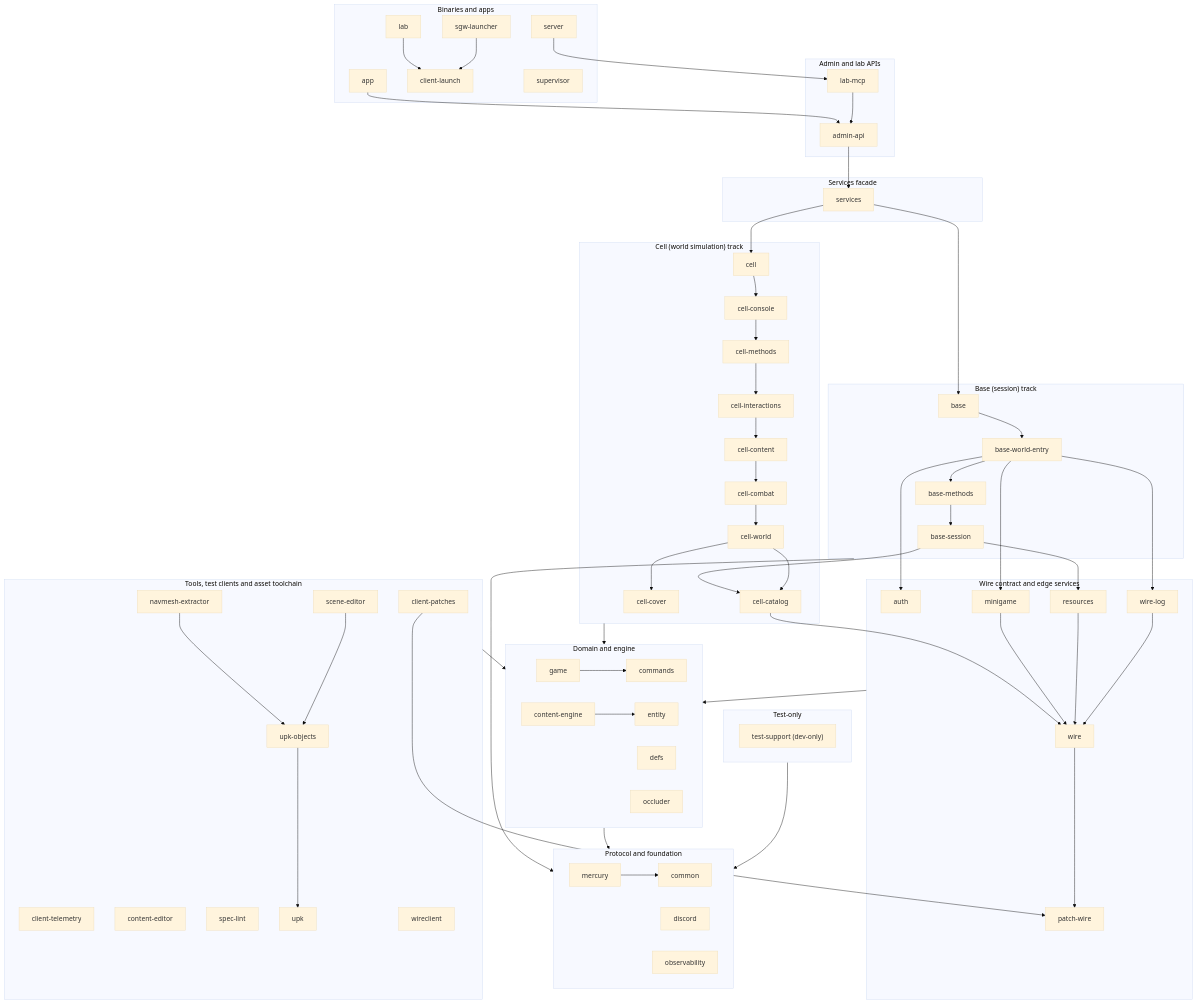
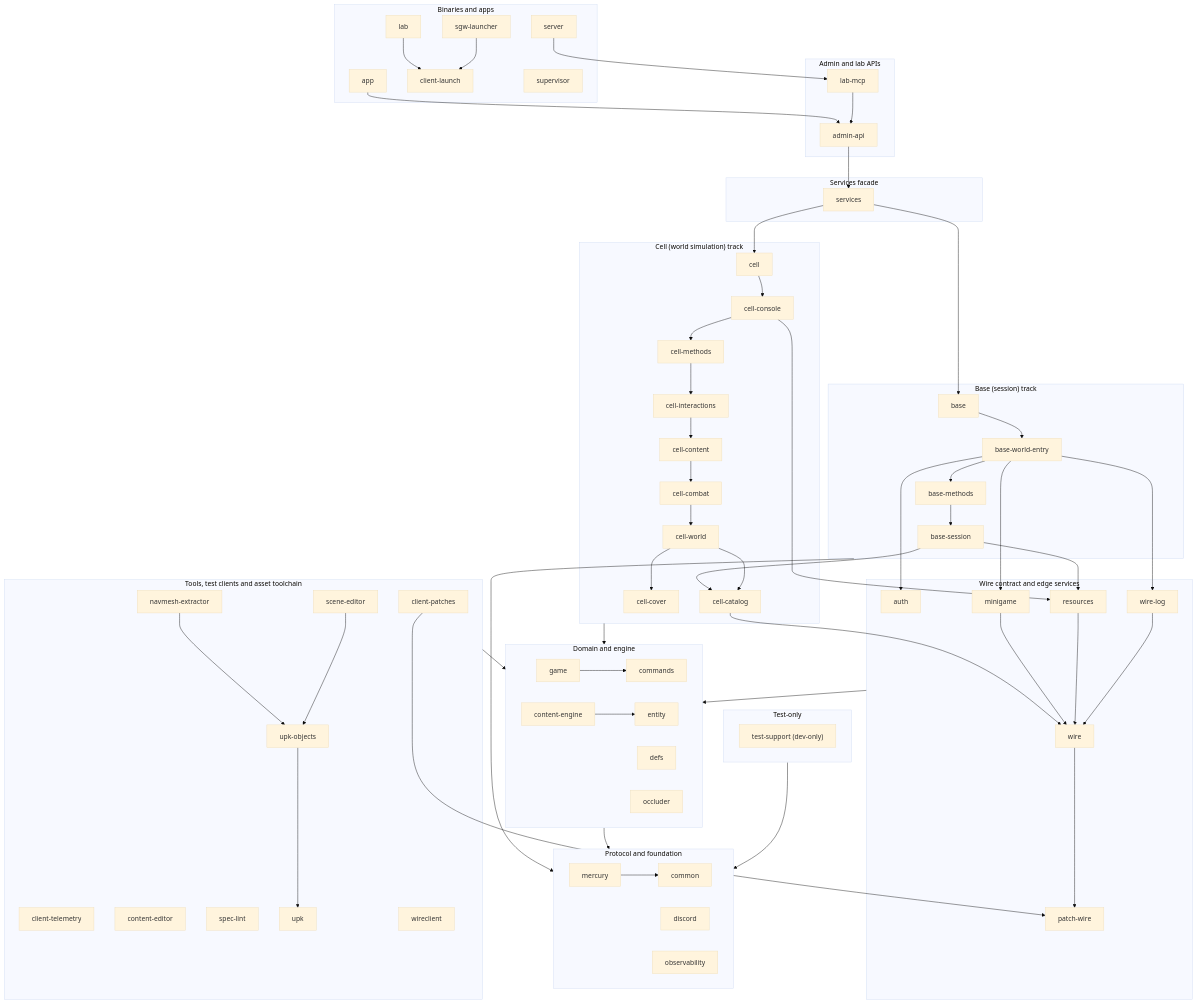
The diagram in README.md (SandboxServers/Cimmeria), drawn with Mermaid (base theme) before and after one commit. The commit also changed other lines of this file and 4 other files, not shown here.

```diff
--- a/README.md
+++ b/README.md
@@ -180,6 +180,7 @@
     cellCatalog --> wire
     cellCombat --> cellWorld
     cellConsole --> cellMethods
+    cellConsole --> resources
     cellContent --> cellCombat
     cellInteractions --> cellContent
     cellMethods --> cellInteractions
```
